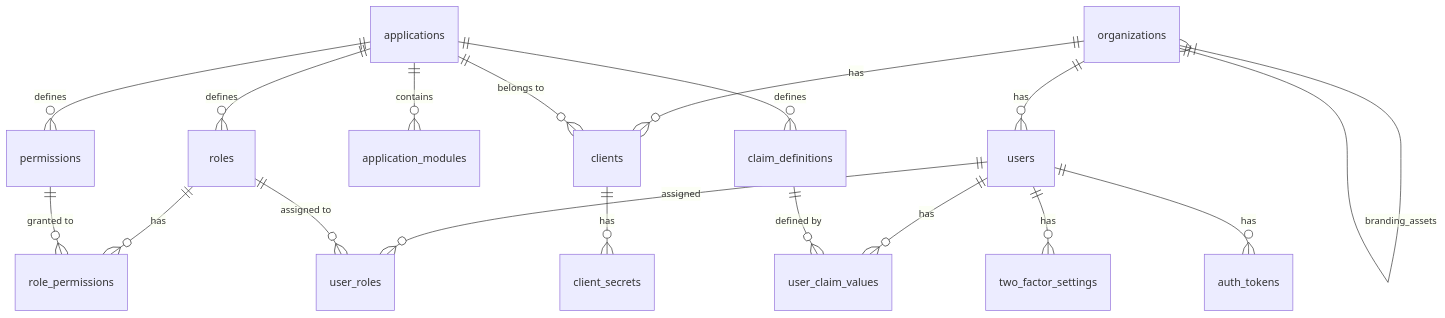
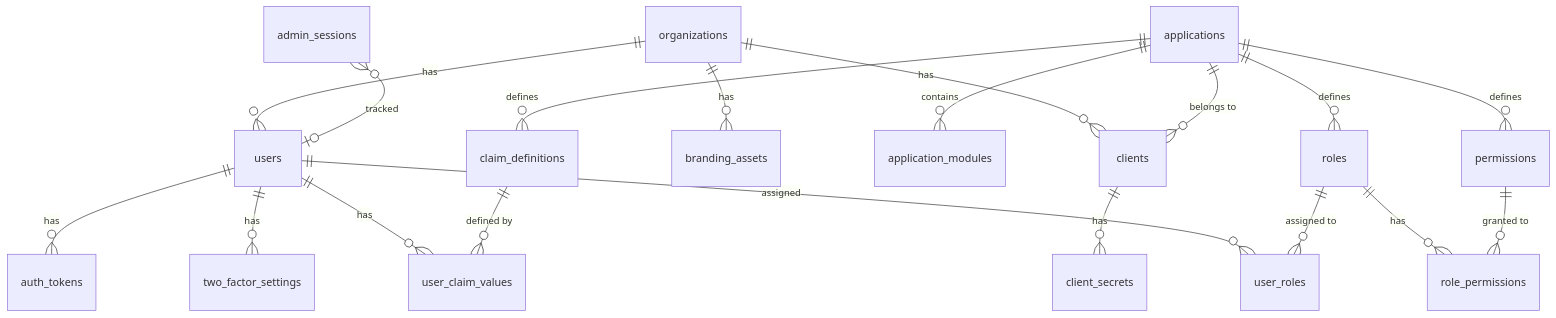
One commit to blendsdk/porta-identity changed the diagram in docs/implementation-details/architecture/data-model.md. Above: the diagram before and after it, drawn with Mermaid. The commit also changed other lines of this file and 11 other files, not shown here.

First line of the commit message:
docs(techdocs): comprehensive update — add Admin GUI architecture, BFF security, ADR-013

````diff
--- a/docs/implementation-details/architecture/data-model.md
+++ b/docs/implementation-details/architecture/data-model.md
@@ -11,25 +11,27 @@
 ```mermaid
 erDiagram
     organizations ||--o{ users : "has"
     organizations ||--o{ clients : "has"
-    organizations }|--|| organizations : "branding_assets"
+    organizations ||--o{ branding_assets : "has"
 
     applications ||--o{ application_modules : "contains"
     applications ||--o{ clients : "belongs to"
     applications ||--o{ roles : "defines"
     applications ||--o{ permissions : "defines"
     applications ||--o{ claim_definitions : "defines"
 
     users ||--o{ user_roles : "assigned"
     users ||--o{ user_claim_values : "has"
     users ||--o{ two_factor_settings : "has"
     users ||--o{ auth_tokens : "has"
 
     roles ||--o{ user_roles : "assigned to"
     roles ||--o{ role_permissions : "has"
     permissions ||--o{ role_permissions : "granted to"
 
     claim_definitions ||--o{ user_claim_values : "defined by"
 
     clients ||--o{ client_secrets : "has"
+
+    admin_sessions }o--o| users : "tracked"
 ```
````
